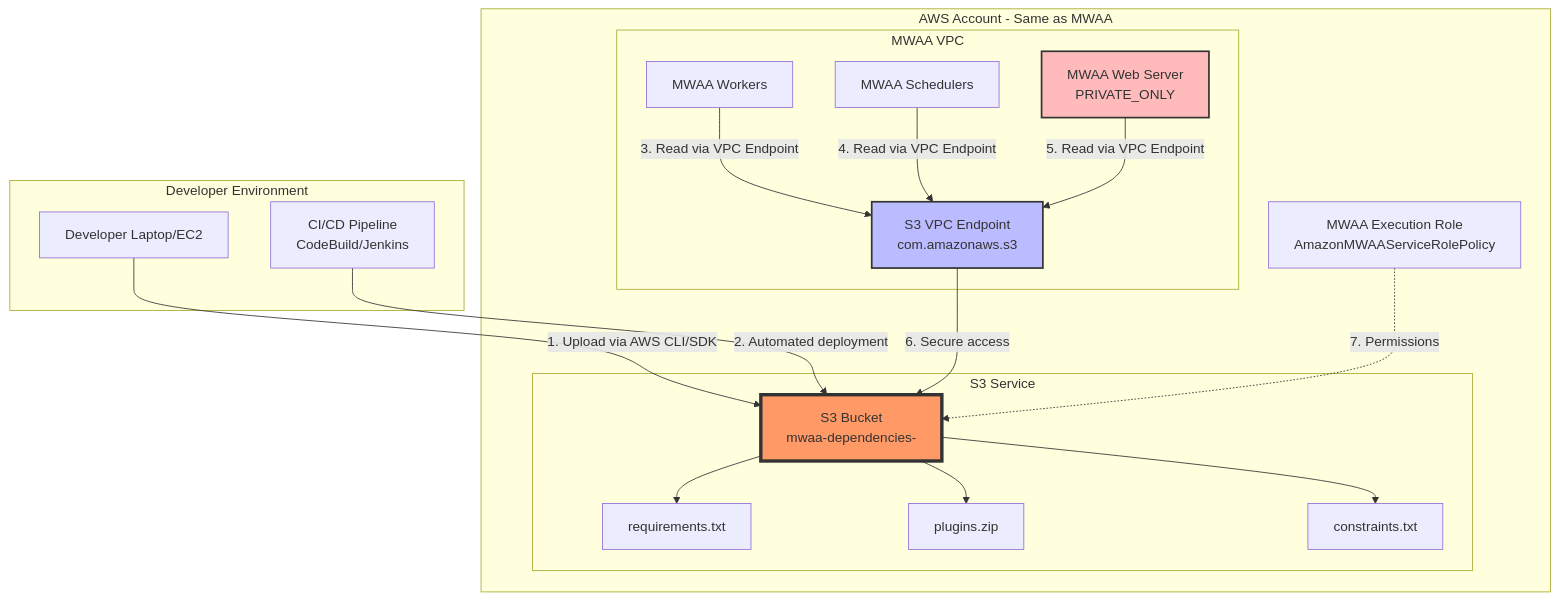
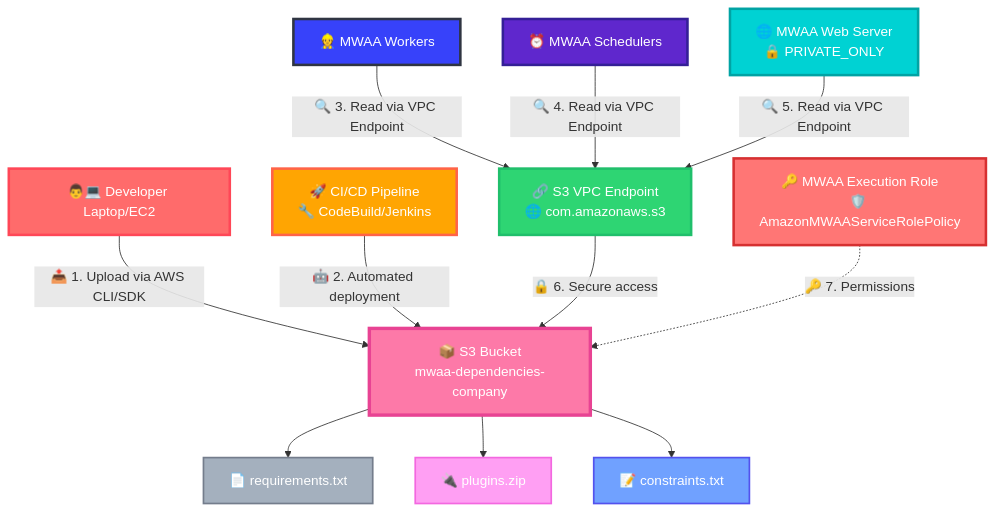
Before and after one commit to demoq-demo/mwaa: the second of 12 diagrams in README.md, drawn with Mermaid. The commit also changed other lines of this file, not shown here.

````diff
--- a/README.md
+++ b/README.md
@@ -39,42 +55,46 @@
 ```mermaid
 graph TB
-    subgraph "Developer Environment"
-        DEV[Developer Laptop/EC2]
-        CICD[CI/CD Pipeline<br/>CodeBuild/Jenkins]
-    end
+    DEV[👨💻 Developer Laptop/EC2]
+    CICD[🚀 CI/CD Pipeline<br/>🔧 CodeBuild/Jenkins]
     
-    subgraph "AWS Account - Same as MWAA"
-        subgraph "MWAA VPC"
-            MW[MWAA Workers]
-            MS[MWAA Schedulers]
-            MWS[MWAA Web Server<br/>PRIVATE_ONLY]
-            S3VPE[S3 VPC Endpoint<br/>com.amazonaws.s3]
-        end
-        
-        subgraph "S3 Service"
-            S3[S3 Bucket<br/>mwaa-dependencies-<company>]
-            REQ[requirements.txt]
-            PLUG[plugins.zip]
-            CONST[constraints.txt]
-        end
-        
-        IAM[MWAA Execution Role<br/>AmazonMWAAServiceRolePolicy]
-    end
+    MW[👷 MWAA Workers]
+    MS[⏰ MWAA Schedulers]
+    MWS[🌐 MWAA Web Server<br/>🔒 PRIVATE_ONLY]
+    S3VPE[🔗 S3 VPC Endpoint<br/>🌐 com.amazonaws.s3]
     
-    DEV -->|1. Upload via AWS CLI/SDK| S3
-    CICD -->|2. Automated deployment| S3
+    S3[📦 S3 Bucket<br/>mwaa-dependencies-company]
+    REQ[📄 requirements.txt]
+    PLUG[🔌 plugins.zip]
+    CONST[📝 constraints.txt]
+    
+    IAM[🔑 MWAA Execution Role<br/>🛡️ AmazonMWAAServiceRolePolicy]
+    
+    DEV -->|📤 1. Upload via AWS CLI/SDK| S3
+    CICD -->|🤖 2. Automated deployment| S3
     S3 --> REQ
     S3 --> PLUG
     S3 --> CONST
     
-    MW -->|3. Read via VPC Endpoint| S3VPE
-    MS -->|4. Read via VPC Endpoint| S3VPE
-    MWS -->|5. Read via VPC Endpoint| S3VPE
-    S3VPE -->|6. Secure access| S3
+    MW -->|🔍 3. Read via VPC Endpoint| S3VPE
+    MS -->|🔍 4. Read via VPC Endpoint| S3VPE
+    MWS -->|🔍 5. Read via VPC Endpoint| S3VPE
+    S3VPE -->|🔒 6. Secure access| S3
     
-    IAM -.->|7. Permissions| S3
+    IAM -.->|🔑 7. Permissions| S3
     
-    style S3 fill:#f96,stroke:#333,stroke-width:4px
-    style S3VPE fill:#bbf,stroke:#333,stroke-width:2px
-    style MWS fill:#fbb,stroke:#333,stroke-width:2px
+    %% Colorful styling
+    style DEV fill:#ff6b6b,stroke:#ff4757,stroke-width:3px,color:#fff
+    style CICD fill:#ffa502,stroke:#ff6348,stroke-width:3px,color:#fff
+    
+    style MW fill:#3742fa,stroke:#2f3542,stroke-width:3px,color:#fff
+    style MS fill:#5f27cd,stroke:#341f97,stroke-width:3px,color:#fff
+    style MWS fill:#00d2d3,stroke:#01a3a4,stroke-width:3px,color:#fff
+    style S3VPE fill:#2ed573,stroke:#20bf6b,stroke-width:3px,color:#fff
+    
+    style S3 fill:#fd79a8,stroke:#e84393,stroke-width:4px,color:#fff
+    style REQ fill:#a4b0be,stroke:#747d8c,stroke-width:2px,color:#fff
+    style PLUG fill:#ff9ff3,stroke:#f368e0,stroke-width:2px,color:#fff
+    style CONST fill:#70a1ff,stroke:#5352ed,stroke-width:2px,color:#fff
+    
+    style IAM fill:#ff7675,stroke:#d63031,stroke-width:3px,color:#fff
 ```
````
